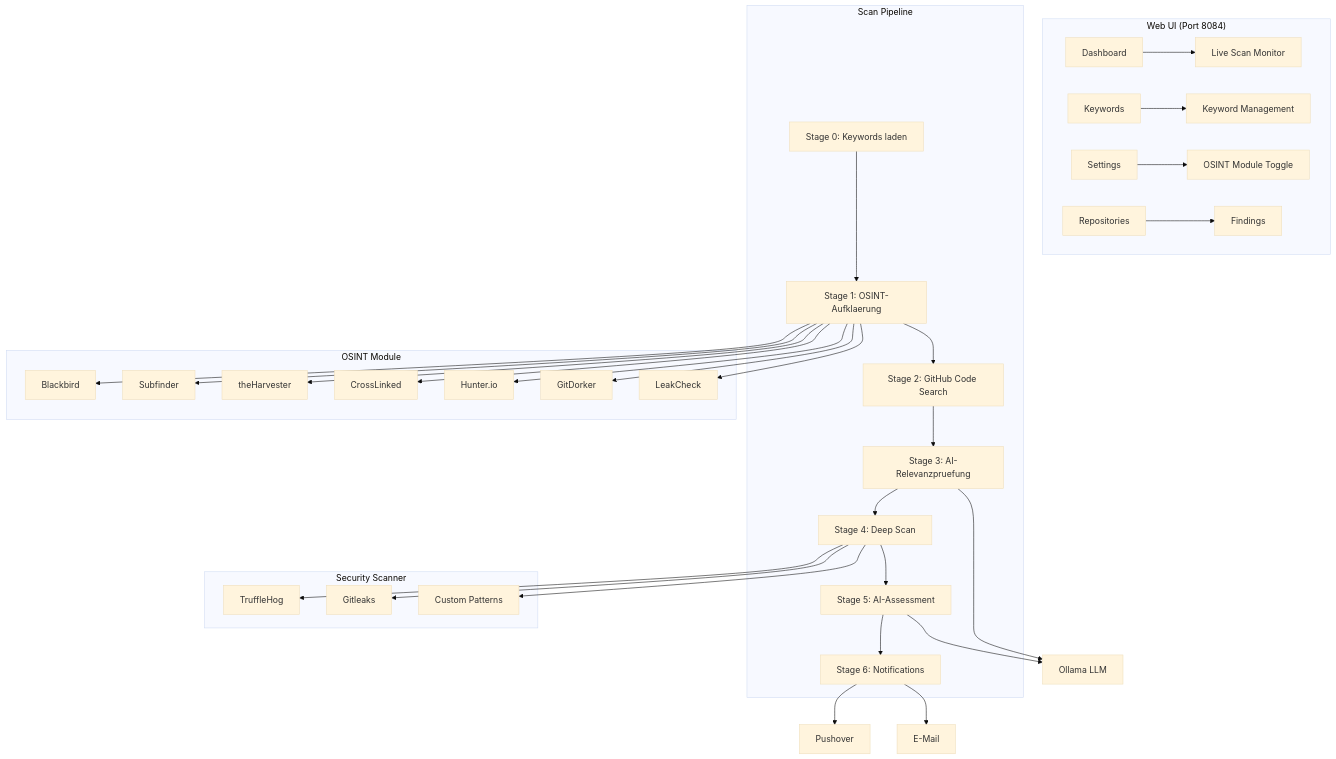
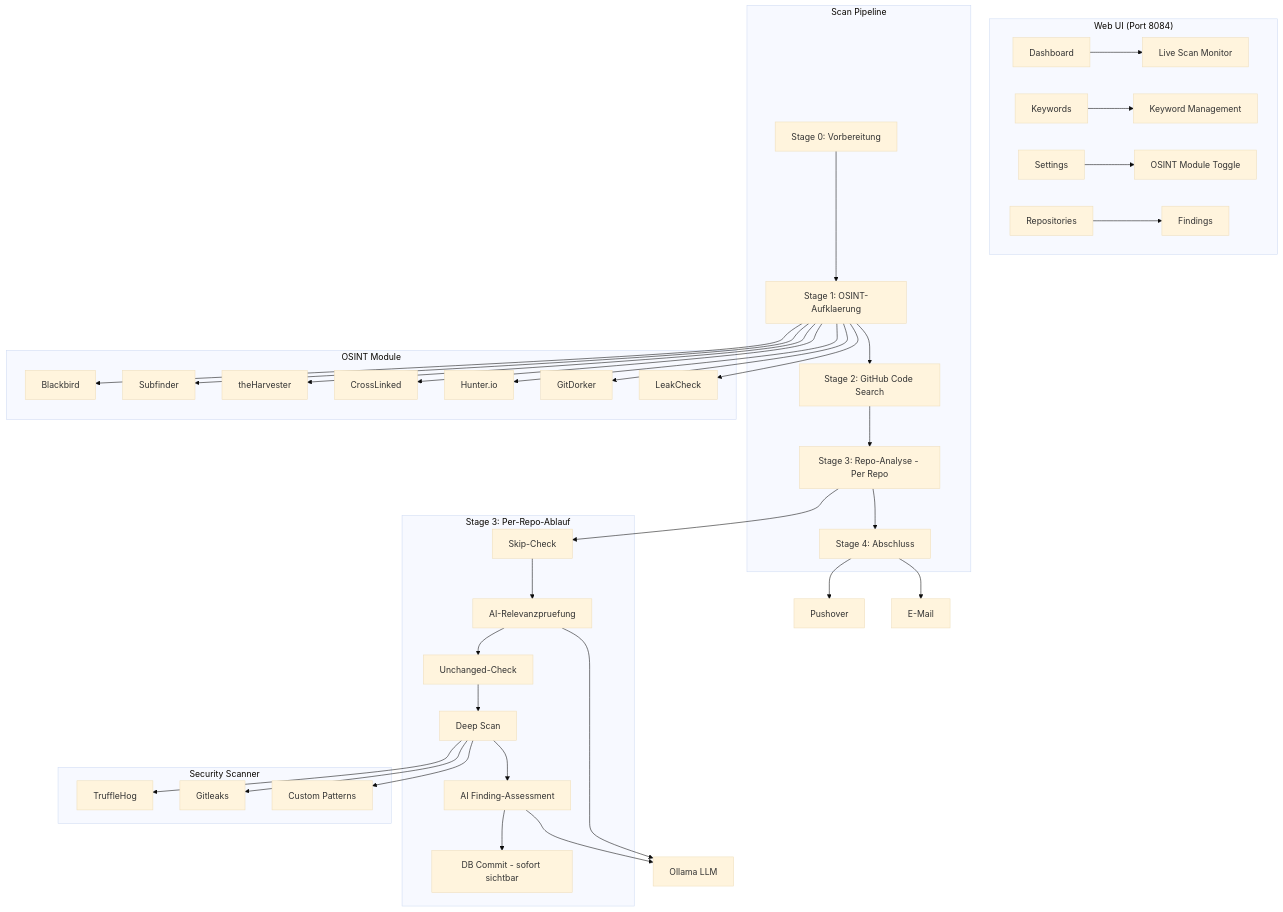
Before and after one commit to icepaule/icepaule.github.io: the diagram in projects/ice-leak-monitoring.md, drawn with Mermaid (base theme). The commit also changed other lines of this file, not shown here.

First line of the commit message:
Update Ice-Leak-Monitoring docs: CISO abstract, 5-stage pipeline, AI-override

````diff
--- a/projects/ice-leak-monitoring.md
+++ b/projects/ice-leak-monitoring.md
@@ -37,42 +56,49 @@
 ```mermaid
 graph TB
     subgraph "Web UI (Port 8084)"
         A[Dashboard] --> B[Live Scan Monitor]
         C[Keywords] --> D[Keyword Management]
         E[Settings] --> F[OSINT Module Toggle]
         G[Repositories] --> H[Findings]
     end
 
     subgraph "Scan Pipeline"
-        S0[Stage 0: Keywords laden]
+        S0[Stage 0: Vorbereitung]
         S1[Stage 1: OSINT-Aufklaerung]
         S2[Stage 2: GitHub Code Search]
-        S3[Stage 3: AI-Relevanzpruefung]
-        S4[Stage 4: Deep Scan]
-        S5[Stage 5: AI-Assessment]
-        S6[Stage 6: Notifications]
+        S3[Stage 3: Repo-Analyse - Per Repo]
+        S4[Stage 4: Abschluss]
 
-        S0 --> S1 --> S2 --> S3 --> S4 --> S5 --> S6
+        S0 --> S1 --> S2 --> S3 --> S4
+    end
+
+    subgraph "Stage 3: Per-Repo-Ablauf"
+        R1[Skip-Check] --> R2[AI-Relevanzpruefung]
+        R2 --> R3[Unchanged-Check]
+        R3 --> R4[Deep Scan]
+        R4 --> R5[AI Finding-Assessment]
+        R5 --> R6[DB Commit - sofort sichtbar]
     end
 
     subgraph "OSINT Module"
         O1[Blackbird]
         O2[Subfinder]
         O3[theHarvester]
         O4[CrossLinked]
         O5[Hunter.io]
         O6[GitDorker]
         O7[LeakCheck]
     end
 
     subgraph "Security Scanner"
         T1[TruffleHog]
         T2[Gitleaks]
         T3[Custom Patterns]
     end
 
     S1 --> O1 & O2 & O3 & O4 & O5 & O6 & O7
-    S4 --> T1 & T2 & T3
-    S3 & S5 --> AI[Ollama LLM]
-    S6 --> N1[Pushover] & N2[E-Mail]
+    S3 --> R1
+    R4 --> T1 & T2 & T3
+    R2 & R5 --> AI[Ollama LLM]
+    S4 --> N1[Pushover] & N2[E-Mail]
 ```
````
